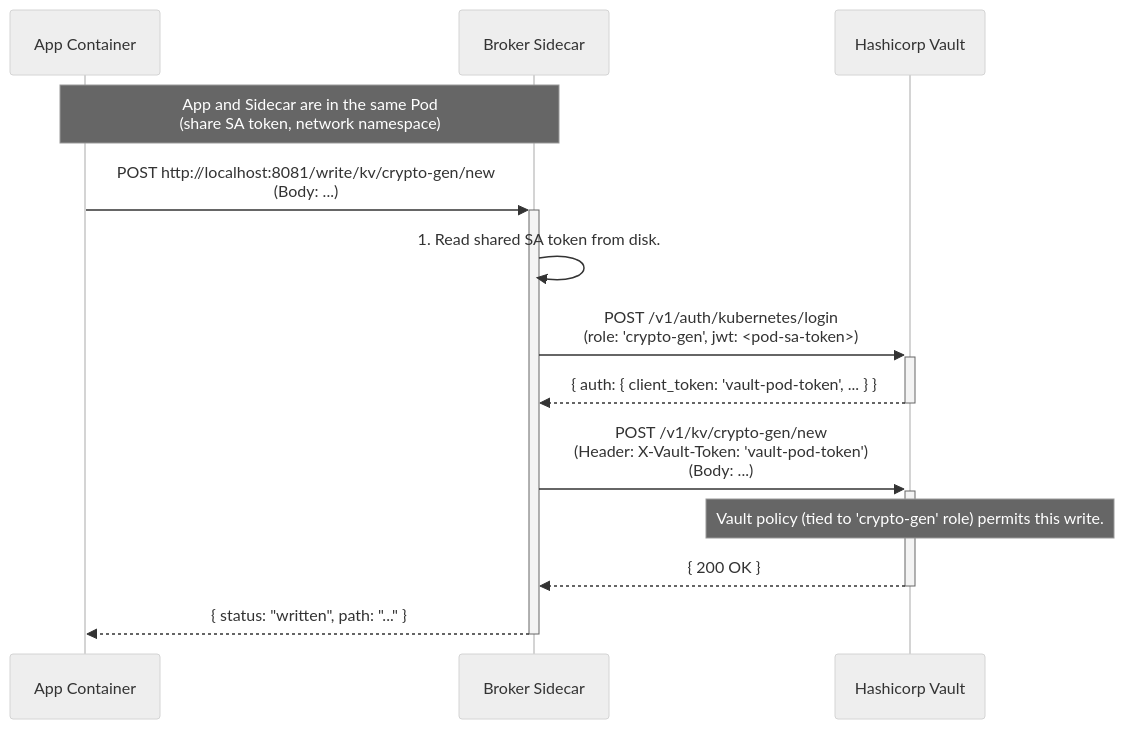
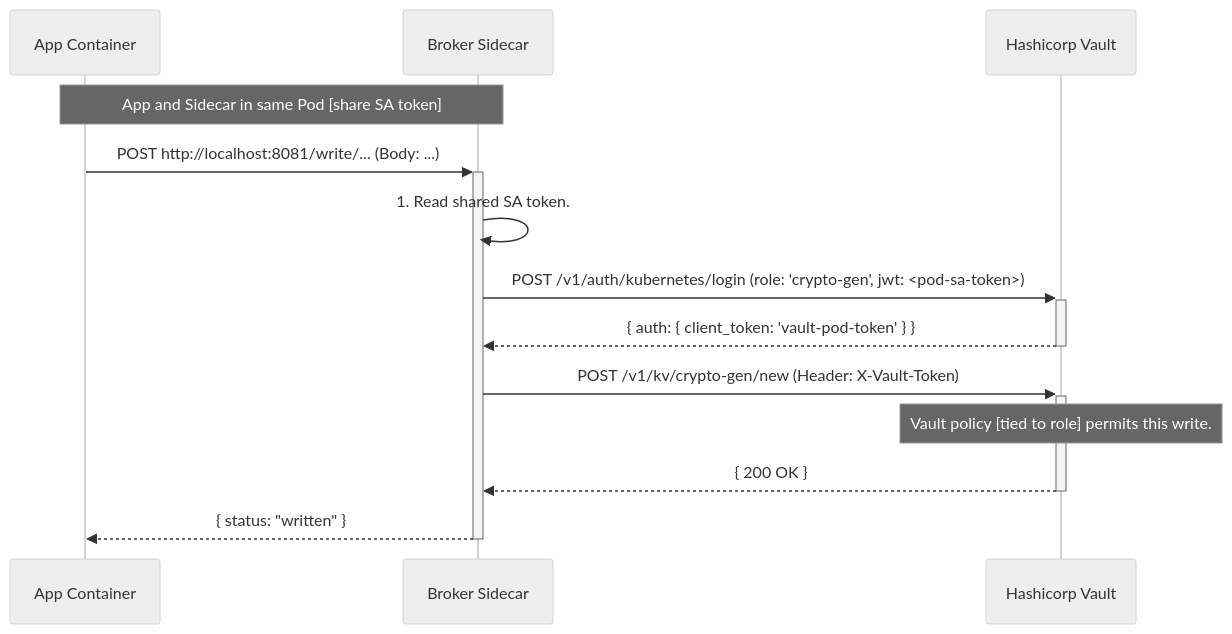
The third of 3 diagrams in gemini/adr-ex.md (caretak3r/prompts), drawn with Mermaid (neutral theme) before and after one commit. The commit also changed other lines of this file, not shown here.

First line of the commit message:
Refine diagrams and analysis in adr-ex.md

````diff
--- a/gemini/adr-ex.md
+++ b/gemini/adr-ex.md
@@ -132,22 +132,22 @@
 ```mermaid
 sequenceDiagram
     participant App as App Container
     participant Sidecar as Broker Sidecar
     participant Vault as Hashicorp Vault
 
-    Note over App,Sidecar: App and Sidecar are in the same Pod<br/>(share SA token, network namespace)
+    Note over App,Sidecar: App and Sidecar in same Pod [share SA token]
 
-    App->>+Sidecar: POST http://localhost:8081/write/kv/crypto-gen/new<br/>(Body: ...)
+    App->>+Sidecar: POST http://localhost:8081/write/... (Body: ...)
     
-    Sidecar->>Sidecar: 1. Read shared SA token from disk.
+    Sidecar->>Sidecar: 1. Read shared SA token.
     
-    Sidecar->>+Vault: POST /v1/auth/kubernetes/login<br/>(role: 'crypto-gen', jwt: <pod-sa-token>)
-    Vault-->>-Sidecar: { auth: { client_token: 'vault-pod-token', ... } }
+    Sidecar->>+Vault: POST /v1/auth/kubernetes/login (role: 'crypto-gen', jwt: <pod-sa-token>)
+    Vault-->>-Sidecar: { auth: { client_token: 'vault-pod-token' } }
     
-    Sidecar->>+Vault: POST /v1/kv/crypto-gen/new<br/>(Header: X-Vault-Token: 'vault-pod-token')<br/>(Body: ...)
+    Sidecar->>+Vault: POST /v1/kv/crypto-gen/new (Header: X-Vault-Token)
     
-    Note over Vault: Vault policy (tied to 'crypto-gen' role) permits this write.
+    Note over Vault: Vault policy [tied to role] permits this write.
     
     Vault-->>-Sidecar: { 200 OK }
-    Sidecar-->>-App: { status: "written", path: "..." }
+    Sidecar-->>-App: { status: "written" }
 ```
````
